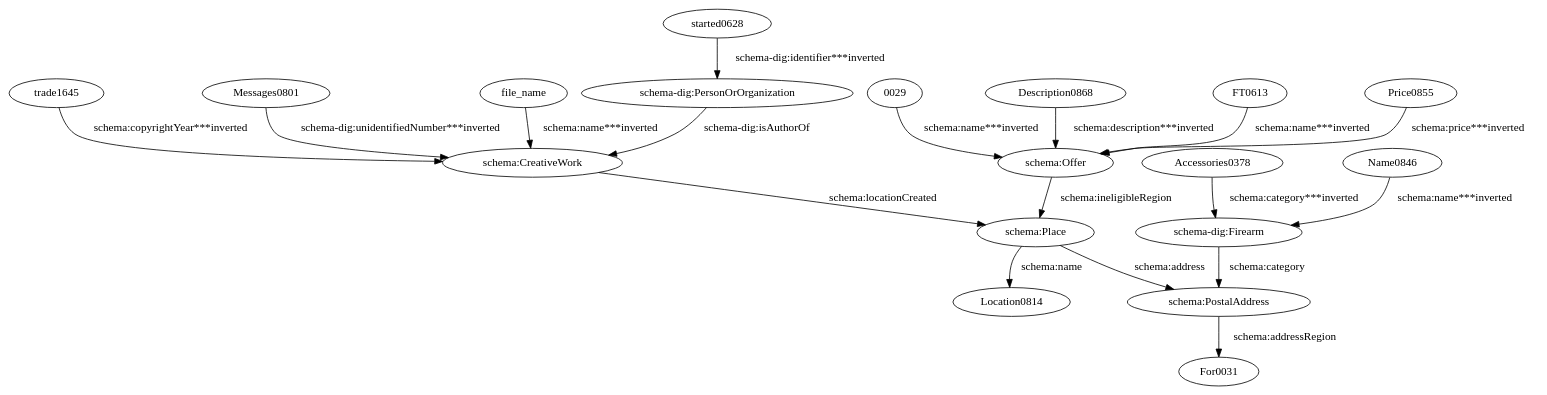
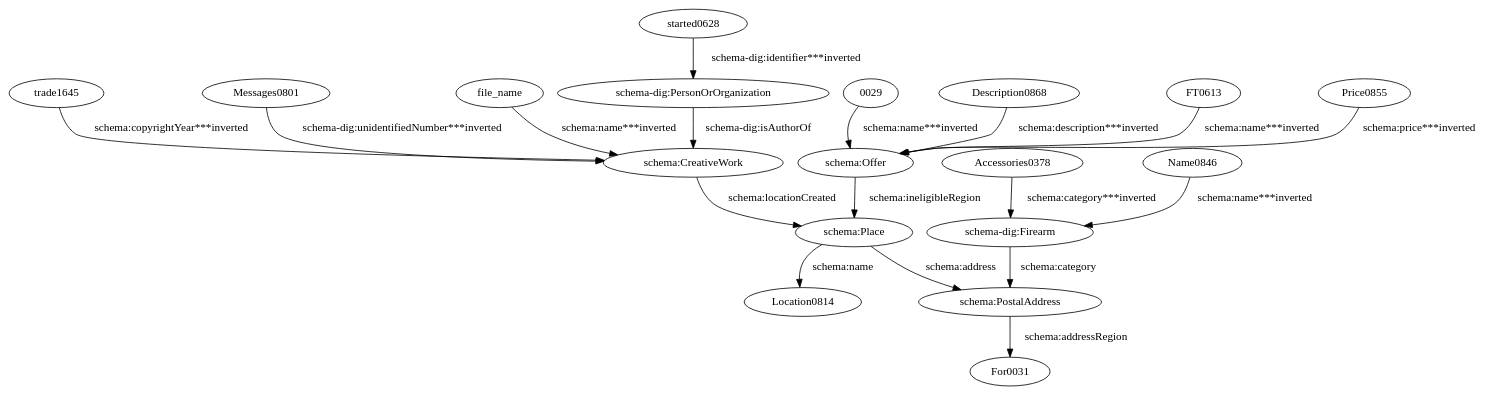
One commit to giuseppefutia/semi changed the diagram in evaluation/taheriyan2016/task_04/semantic_models_steiner/dot/theoutdoorstrader.dot. Above: the diagram before and after it, drawn with Graphviz. The commit also changed 122 other files, not shown here.

```diff
--- a/evaluation/taheriyan2016/task_04/semantic_models_steiner/dot/theoutdoorstrader.dot
+++ b/evaluation/taheriyan2016/task_04/semantic_models_steiner/dot/theoutdoorstrader.dot
@@ -1,37 +1,37 @@
 digraph {
   "0029" [type=attribute_name,label="0029"]
   "schema:Offer1" [type=class_uri,label="schema:Offer"]
   Accessories0378 [type=attribute_name,label=Accessories0378]
   "schema-dig:Firearm1" [type=class_uri,label="schema-dig:Firearm"]
   Description0868 [type=attribute_name,label=Description0868]
   FT0613 [type=attribute_name,label=FT0613]
   Messages0801 [type=attribute_name,label=Messages0801]
   "schema:CreativeWork1" [type=class_uri,label="schema:CreativeWork"]
   Name0846 [type=attribute_name,label=Name0846]
   Price0855 [type=attribute_name,label=Price0855]
   file_name [type=attribute_name,label=file_name]
   "schema:PostalAddress1" [type=class_uri,label="schema:PostalAddress"]
   "schema-dig:PersonOrOrganization1" [type=class_uri,label="schema-dig:PersonOrOrganization"]
   "schema:Place1" [type=class_uri,label="schema:Place"]
   Location0814 [type=attribute_name,label=Location0814]
   For0031 [type=attribute_name,label=For0031]
   started0628 [type=attribute_name,label=started0628]
   trade1645 [type=attribute_name,label=trade1645]
   "0029" -> "schema:Offer1" [type=st_property_uri,label="schema:name***inverted",weight=1]
   Accessories0378 -> "schema-dig:Firearm1" [type=st_property_uri,label="schema:category***inverted",weight=1]
   Description0868 -> "schema:Offer1" [type=st_property_uri,label="schema:description***inverted",weight=1]
   FT0613 -> "schema:Offer1" [type=st_property_uri,label="schema:name***inverted",weight=1]
   Messages0801 -> "schema:CreativeWork1" [type=st_property_uri,label="schema-dig:unidentifiedNumber***inverted",weight=1]
   Name0846 -> "schema-dig:Firearm1" [type=st_property_uri,label="schema:name***inverted",weight=1]
   Price0855 -> "schema:Offer1" [type=st_property_uri,label="schema:price***inverted",weight=1]
   file_name -> "schema:CreativeWork1" [type=st_property_uri,label="schema:name***inverted",weight=1]
-  "schema-dig:Firearm1" -> "schema:PostalAddress1" [label="schema:category",type=inherited,weight=4]
-  "schema-dig:PersonOrOrganization1" -> "schema:CreativeWork1" [label="schema-dig:isAuthorOf",type=direct_property_uri,weight=1]
-  "schema:CreativeWork1" -> "schema:Place1" [label="schema:locationCreated",type=direct_property_uri,weight=1]
-  "schema:Offer1" -> "schema:Place1" [label="schema:ineligibleRegion",type=direct_property_uri,weight=1]
+  "schema-dig:Firearm1" -> "schema:PostalAddress1" [label="schema:category",type=inherited,weight=300]
+  "schema-dig:PersonOrOrganization1" -> "schema:CreativeWork1" [label="schema-dig:isAuthorOf",type=direct_property_uri,weight=100]
+  "schema:CreativeWork1" -> "schema:Place1" [label="schema:locationCreated",type=direct_property_uri,weight=100]
+  "schema:Offer1" -> "schema:Place1" [label="schema:ineligibleRegion",type=direct_property_uri,weight=100]
   "schema:Place1" -> Location0814 [label="schema:name",type=st_property_uri]
-  "schema:Place1" -> "schema:PostalAddress1" [label="schema:address",type=direct_property_uri,weight=1]
+  "schema:Place1" -> "schema:PostalAddress1" [label="schema:address",type=direct_property_uri,weight=100]
   "schema:PostalAddress1" -> For0031 [label="schema:addressRegion",type=st_property_uri]
   started0628 -> "schema-dig:PersonOrOrganization1" [type=st_property_uri,label="schema-dig:identifier***inverted",weight=1]
   trade1645 -> "schema:CreativeWork1" [type=st_property_uri,label="schema:copyrightYear***inverted",weight=1]
 }
```
